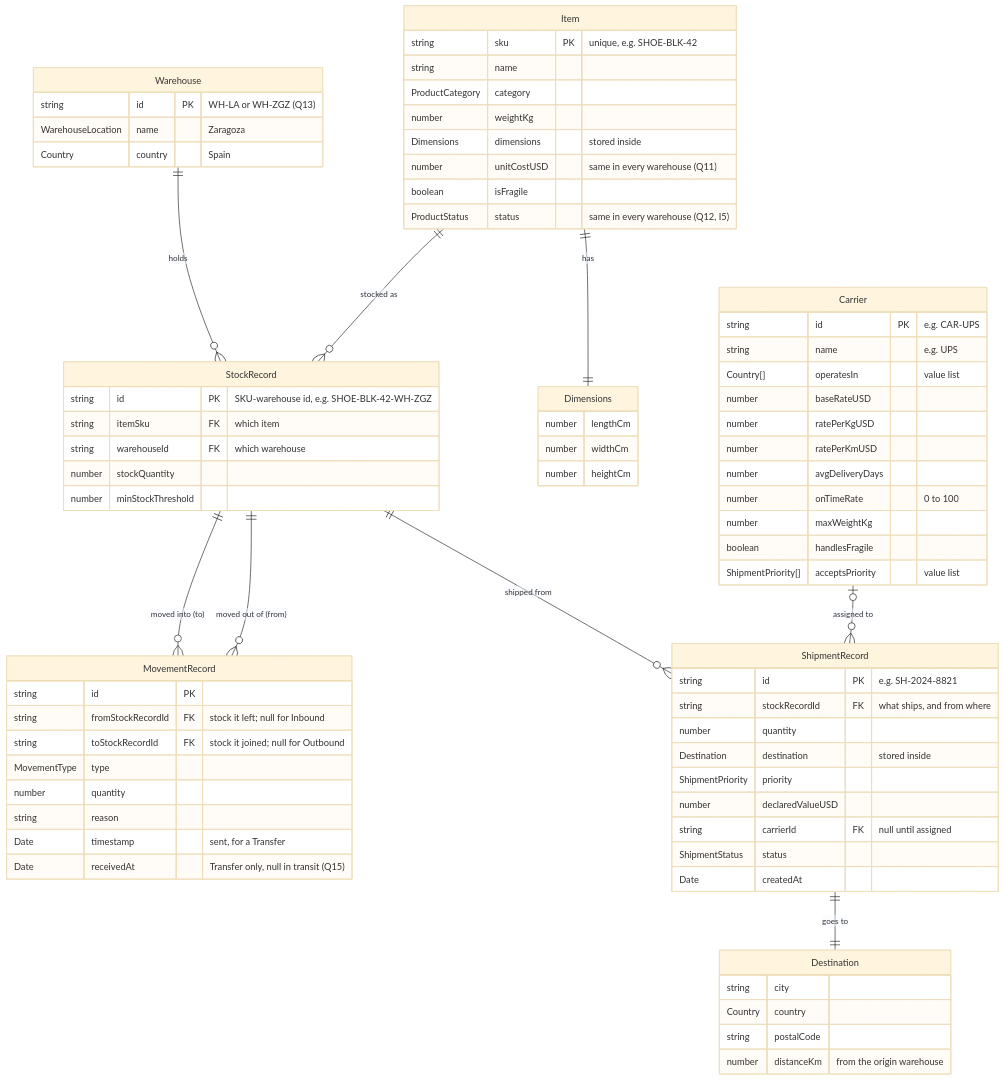
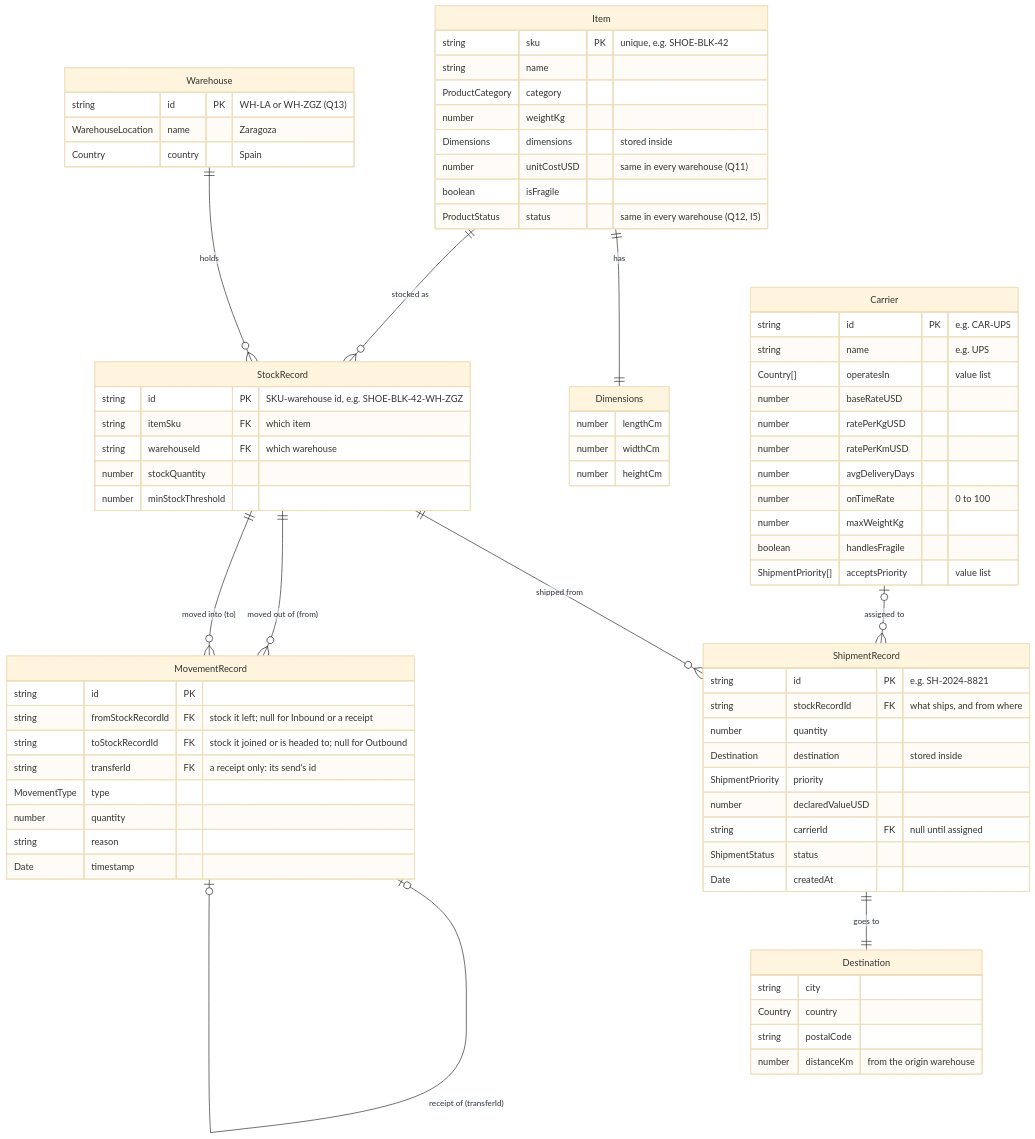
One commit to Sun-flow/TrackFlow-Company-Overhaul changed the diagram in packages/warehouse-logic/docs/erd.md. Above: the diagram before and after it, drawn with Mermaid (base theme). The commit also changed other lines of this file and 5 other files, not shown here.

First line of the commit message:
Store a transfer as a send and a receipt linked by the send's id, as mae answered Q15, so each warehouse records what it actually moved.

````diff
--- a/packages/warehouse-logic/docs/erd.md
+++ b/packages/warehouse-logic/docs/erd.md
@@ -10,79 +10,80 @@
 ```mermaid
 erDiagram
     Item {
         string sku PK "unique, e.g. SHOE-BLK-42"
         string name
         ProductCategory category
         number weightKg
         Dimensions dimensions "stored inside"
         number unitCostUSD "same in every warehouse (Q11)"
         boolean isFragile
         ProductStatus status "same in every warehouse (Q12, I5)"
     }
     Dimensions {
         number lengthCm
         number widthCm
         number heightCm
     }
     Warehouse {
         string id PK "WH-LA or WH-ZGZ (Q13)"
         WarehouseLocation name "Zaragoza"
         Country country "Spain"
     }
     StockRecord {
         string id PK "SKU-warehouse id, e.g. SHOE-BLK-42-WH-ZGZ"
         string itemSku FK "which item"
         string warehouseId FK "which warehouse"
         number stockQuantity
         number minStockThreshold
     }
     ShipmentRecord {
         string id PK "e.g. SH-2024-8821"
         string stockRecordId FK "what ships, and from where"
         number quantity
         Destination destination "stored inside"
         ShipmentPriority priority
         number declaredValueUSD
         string carrierId FK "null until assigned"
         ShipmentStatus status
         Date createdAt
     }
     Destination {
         string city
         Country country
         string postalCode
         number distanceKm "from the origin warehouse"
     }
     MovementRecord {
         string id PK
-        string fromStockRecordId FK "stock it left; null for Inbound"
-        string toStockRecordId FK "stock it joined; null for Outbound"
+        string fromStockRecordId FK "stock it left; null for Inbound or a receipt"
+        string toStockRecordId FK "stock it joined or is headed to; null for Outbound"
+        string transferId FK "a receipt only: its send's id"
         MovementType type
         number quantity
         string reason
-        Date timestamp "sent, for a Transfer"
-        Date receivedAt "Transfer only, null in transit (Q15)"
+        Date timestamp
     }
     Carrier {
         string id PK "e.g. CAR-UPS"
         string name "e.g. UPS"
         Country[] operatesIn "value list"
         number baseRateUSD
         number ratePerKgUSD
         number ratePerKmUSD
         number avgDeliveryDays
         number onTimeRate "0 to 100"
         number maxWeightKg
         boolean handlesFragile
         ShipmentPriority[] acceptsPriority "value list"
     }
 
     Item ||--|| Dimensions : "has"
     Item ||--o{ StockRecord : "stocked as"
     Warehouse ||--o{ StockRecord : "holds"
     StockRecord ||--o{ ShipmentRecord : "shipped from"
     StockRecord ||--o{ MovementRecord : "moved out of (from)"
     StockRecord ||--o{ MovementRecord : "moved into (to)"
+    MovementRecord |o--o| MovementRecord : "receipt of (transferId)"
     Carrier |o--o{ ShipmentRecord : "assigned to"
     ShipmentRecord ||--|| Destination : "goes to"
 ```
````
